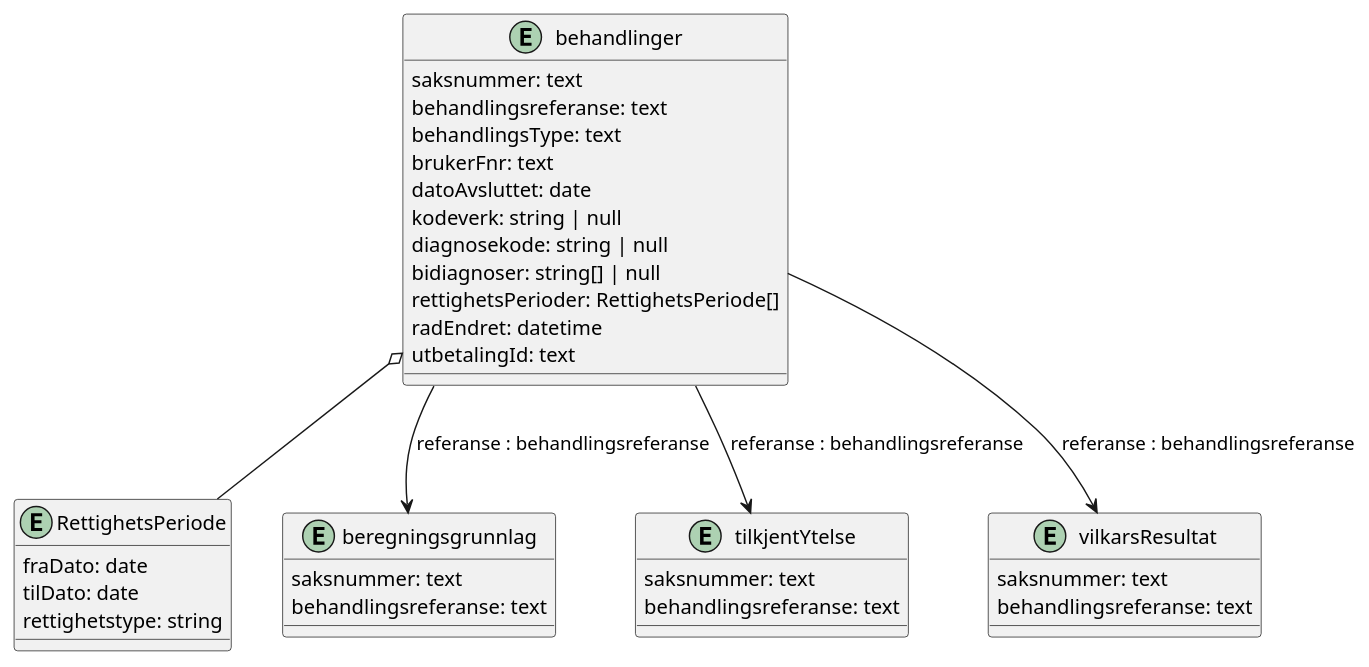
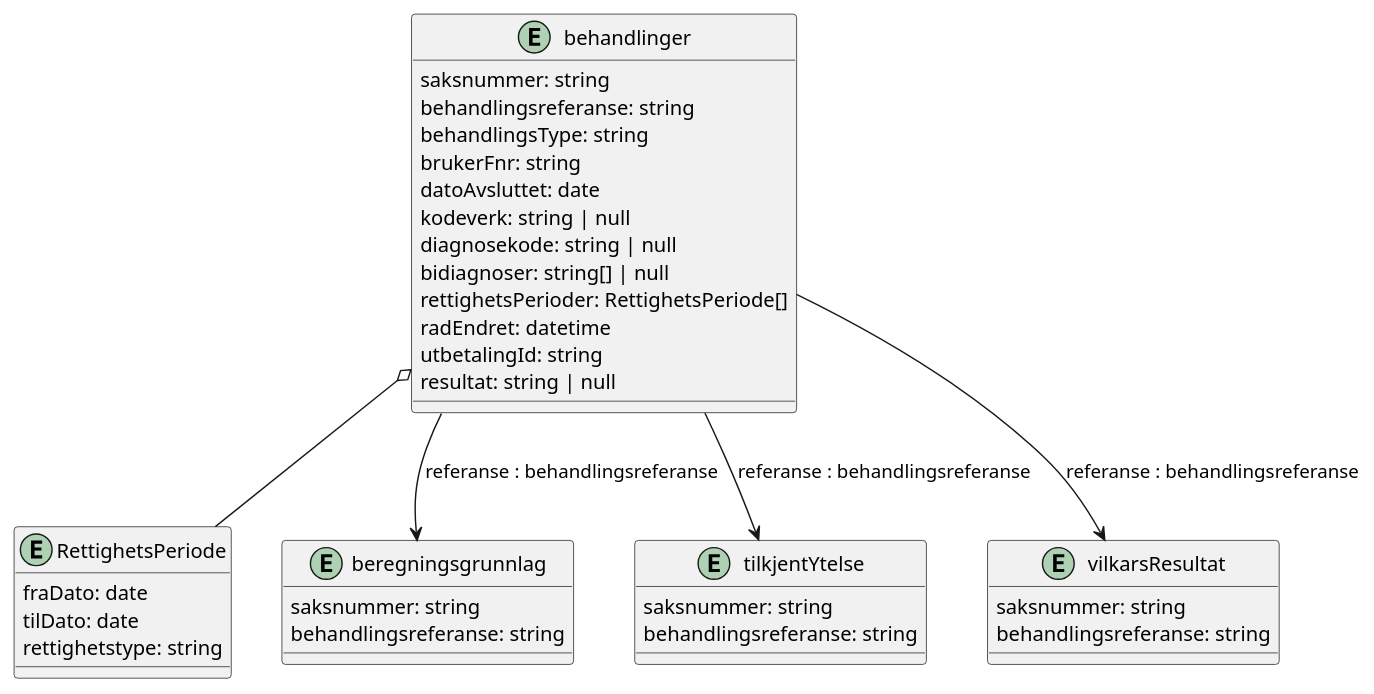
Before and after one commit to navikt/aap-intern-sysdok: the diagram in diagrams/behandling_tabell.puml, drawn with PlantUML.

Commit message:
Oppdater behandlinger-diagram

```diff
--- a/diagrams/behandling_tabell.puml
+++ b/diagrams/behandling_tabell.puml
@@ -1,41 +1,42 @@
 @startuml
 entity RettighetsPeriode {
   fraDato: date
   tilDato: date
   rettighetstype: string
 }
 
 entity "behandlinger" as behandlinger {
- saksnummer: text
- behandlingsreferanse: text
- behandlingsType: text
- brukerFnr: text
- datoAvsluttet: date
- kodeverk: string | null
- diagnosekode: string | null
- bidiagnoser: string[] | null
- rettighetsPerioder: RettighetsPeriode[]
- radEndret: datetime
- utbetalingId: text
+        saksnummer: string
+        behandlingsreferanse: string
+        behandlingsType: string
+        brukerFnr: string
+        datoAvsluttet: date
+        kodeverk: string | null
+        diagnosekode: string | null
+        bidiagnoser: string[] | null
+        rettighetsPerioder: RettighetsPeriode[]
+        radEndret: datetime
+        utbetalingId: string
+        resultat: string | null
 }
 
 entity "beregningsgrunnlag" {
-saksnummer: text
-behandlingsreferanse: text
+saksnummer: string
+behandlingsreferanse: string
 }
 
 entity "tilkjentYtelse" {
-saksnummer: text
-behandlingsreferanse: text
+saksnummer: string
+behandlingsreferanse: string
 }
 
 entity "vilkarsResultat" {
-saksnummer: text
-behandlingsreferanse: text
+saksnummer: string
+behandlingsreferanse: string
 }
 
 behandlinger  -->  beregningsgrunnlag : "referanse : behandlingsreferanse"
 behandlinger  -->  tilkjentYtelse : "referanse : behandlingsreferanse"
 behandlinger  -->  vilkarsResultat : "referanse : behandlingsreferanse"
 behandlinger o-- RettighetsPeriode
 @enduml
```
